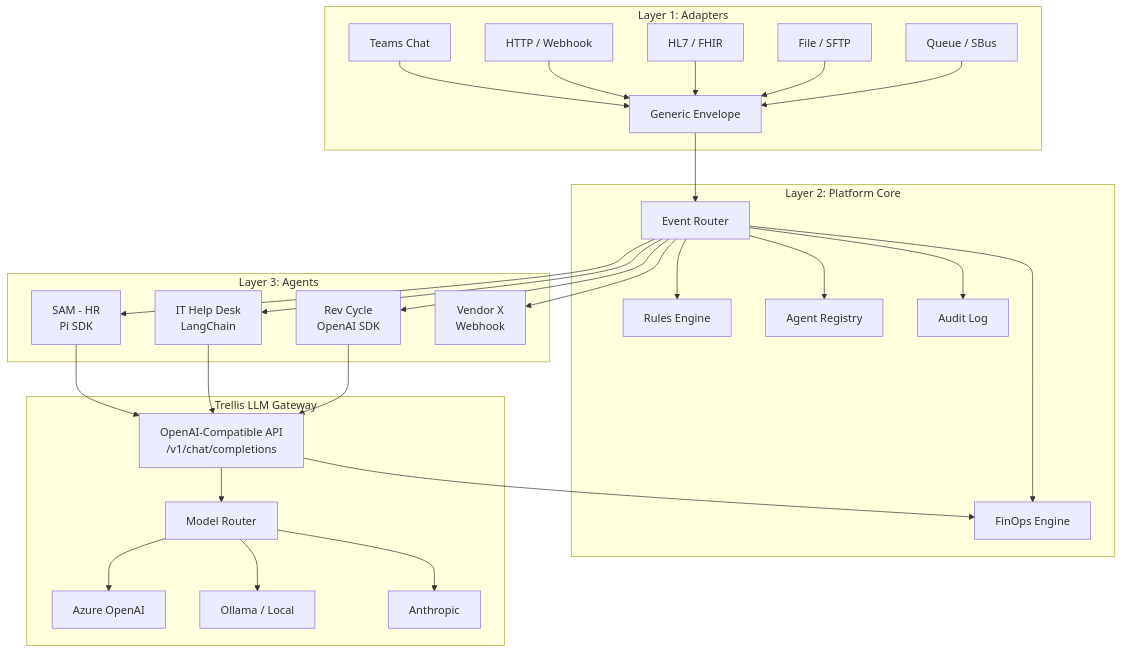
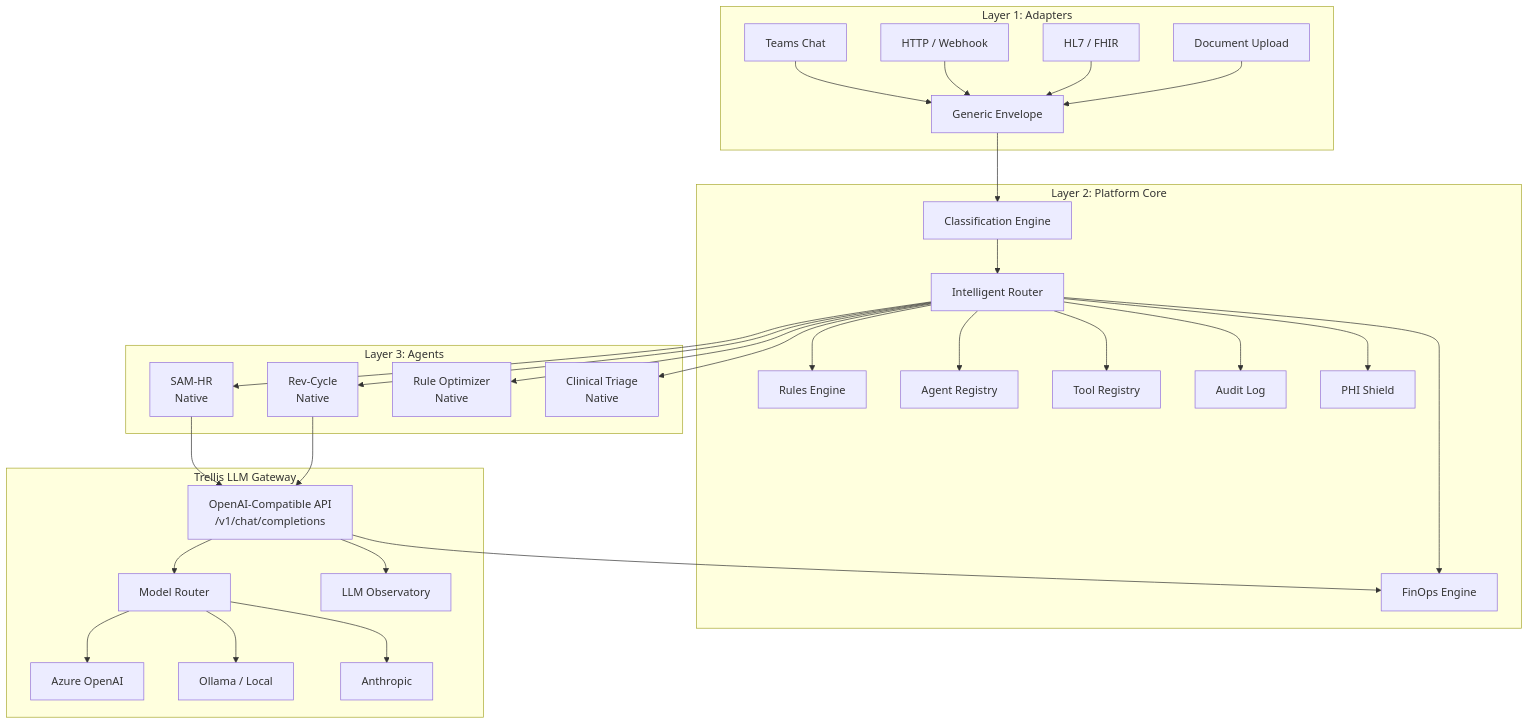
One commit to kraftwerkur/trellis changed the diagram in README.md. Above: the diagram before and after it, drawn with Mermaid. The commit also changed other lines of this file and 18 other files, not shown here.

First line of the commit message:
docs: comprehensive README, DEMO-GUIDE, and ARCHITECTURE update

````diff
--- a/README.md
+++ b/README.md
@@ -27,36 +28,38 @@
 ```mermaid
 graph TD
     subgraph "Layer 1: Adapters"
         A1[Teams Chat] --> ENV[Generic Envelope]
         A2[HTTP / Webhook] --> ENV
         A3[HL7 / FHIR] --> ENV
-        A4[File / SFTP] --> ENV
-        A5[Queue / SBus] --> ENV
+        A4[Document Upload] --> ENV
     end
 
     subgraph "Layer 2: Platform Core"
-        ENV --> ER[Event Router]
-        ER --> RE[Rules Engine]
-        ER --> AR[Agent Registry]
-        ER --> AU[Audit Log]
-        ER --> FE[FinOps Engine]
+        ENV --> CL[Classification Engine]
+        CL --> IR[Intelligent Router]
+        IR --> RE[Rules Engine]
+        IR --> AR[Agent Registry]
+        IR --> TR[Tool Registry]
+        IR --> AU[Audit Log]
+        IR --> FE[FinOps Engine]
+        IR --> PS[PHI Shield]
     end
 
     subgraph "Layer 3: Agents"
-        ER --> S[SAM - HR<br/>Pi SDK]
-        ER --> I[IT Help Desk<br/>LangChain]
-        ER --> R[Rev Cycle<br/>OpenAI SDK]
-        ER --> V[Vendor X<br/>Webhook]
+        IR --> S[SAM-HR<br/>Native]
+        IR --> RC[Rev-Cycle<br/>Native]
+        IR --> RO[Rule Optimizer<br/>Native]
+        IR --> CT[Clinical Triage<br/>Native]
     end
 
     subgraph "Trellis LLM Gateway"
         S --> GW[OpenAI-Compatible API<br/>/v1/chat/completions]
-        I --> GW
-        R --> GW
+        RC --> GW
         GW --> MR[Model Router]
         MR --> LLM1[Azure OpenAI]
         MR --> LLM2[Ollama / Local]
         MR --> LLM3[Anthropic]
+        GW --> OB[LLM Observatory]
         GW --> FE
     end
 ```
````
